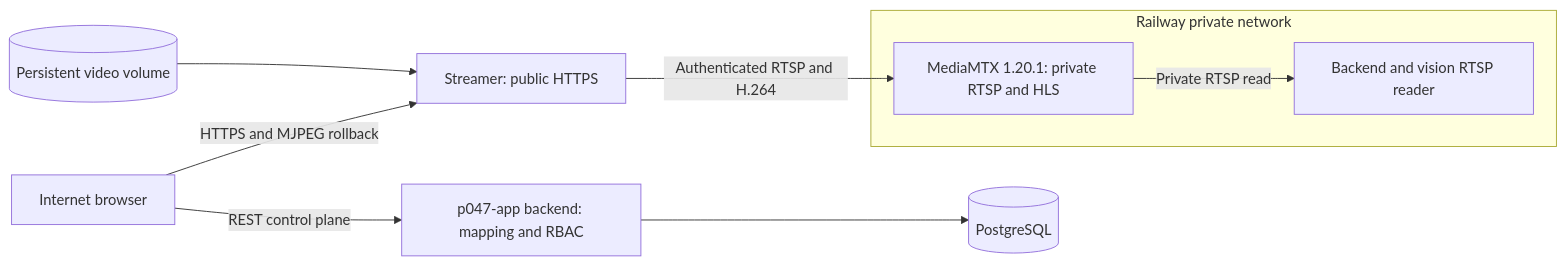
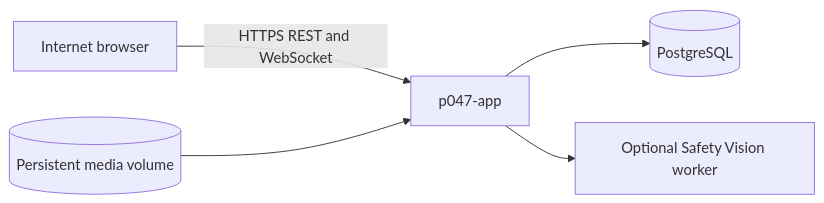
The fourth of 4 diagrams in ARCHITECTURE.md (NguyenNhat4/Sentiel-safety-intelligent), drawn with Mermaid before and after one commit. The commit also changed other lines of this file and 134 other files, not shown here.

````diff
--- a/ARCHITECTURE.md
+++ b/ARCHITECTURE.md
@@ -120,16 +110,7 @@
 ```mermaid
 flowchart LR
-    browser[Internet browser] -->|HTTPS and MJPEG rollback| streamer["Streamer: public HTTPS"]
-    volume[(Persistent video volume)] --> streamer
-
-    subgraph privateNetwork[Railway private network]
-        mediamtx["MediaMTX 1.20.1: private RTSP and HLS"]
-        vision[Backend and vision RTSP reader]
-    end
-
-    streamer -->|Authenticated RTSP and H.264| mediamtx
-    mediamtx -->|Private RTSP read| vision
-
-    browser -->|REST control plane| backend["p047-app backend: mapping and RBAC"]
+    browser[Internet browser] -->|HTTPS REST and WebSocket| backend["p047-app"]
+    volume[(Persistent media volume)] --> backend
     backend --> postgres[(PostgreSQL)]
+    backend --> vision[Optional Safety Vision worker]
 ```
````
